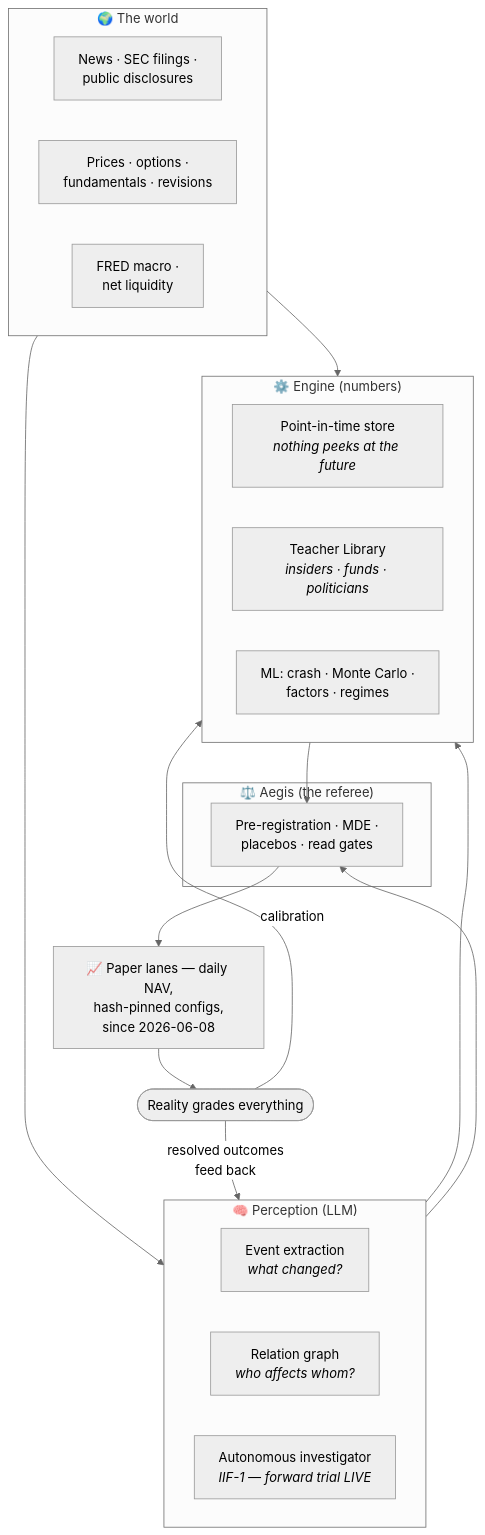
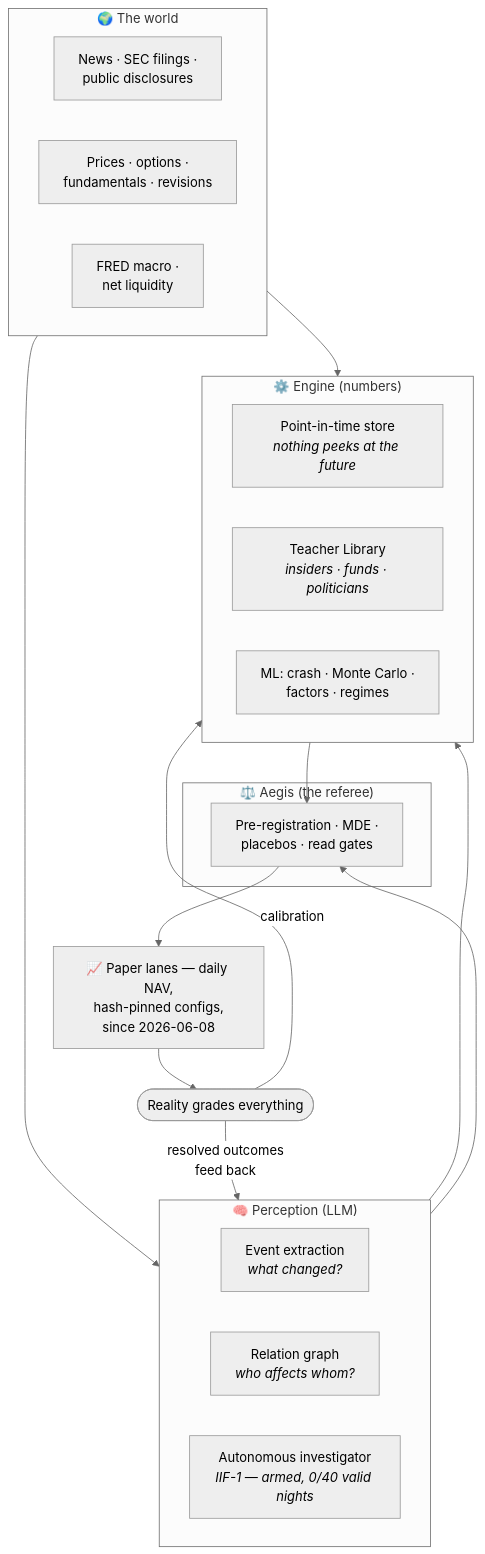
One commit to Murathanx12/Aegis-Finance changed the second of 2 diagrams in README.md. Above: the diagram before and after it, drawn with Mermaid (neutral theme). The commit also changed other lines of this file and 20 other files, not shown here.

````diff
--- a/README.md
+++ b/README.md
@@ -60,32 +60,32 @@
 ```mermaid
 flowchart TB
     subgraph WORLD["🌍 The world"]
         NEWS[News · SEC filings ·<br/>public disclosures]
         MKT[Prices · options ·<br/>fundamentals · revisions]
         MACRO[FRED macro ·<br/>net liquidity]
     end
     subgraph PERCEIVE["🧠 Perception (LLM)"]
         EV[Event extraction<br/><i>what changed?</i>]
         REL[Relation graph<br/><i>who affects whom?</i>]
-        IIF[Autonomous investigator<br/><i>IIF-1 — forward trial LIVE</i>]
+        IIF[Autonomous investigator<br/><i>IIF-1 — armed, 0/40 valid nights</i>]
     end
     subgraph ENGINE["⚙️ Engine (numbers)"]
         PIT[Point-in-time store<br/><i>nothing peeks at the future</i>]
         TEACH[Teacher Library<br/><i>insiders · funds · politicians</i>]
         MODELS[ML: crash · Monte Carlo ·<br/>factors · regimes]
     end
     subgraph REFEREE["⚖️ Aegis (the referee)"]
         DISC[Pre-registration · MDE ·<br/>placebos · read gates]
     end
     LANES[📈 Paper lanes — daily NAV,<br/>hash-pinned configs,<br/>since 2026-06-08]
     REALITY([Reality grades everything])
     WORLD --> PERCEIVE
     WORLD --> ENGINE
     PERCEIVE --> ENGINE
     ENGINE --> DISC
     PERCEIVE --> DISC
     DISC --> LANES
     LANES --> REALITY
     REALITY -->|resolved outcomes<br/>feed back| PERCEIVE
     REALITY -->|calibration| ENGINE
 ```
````
